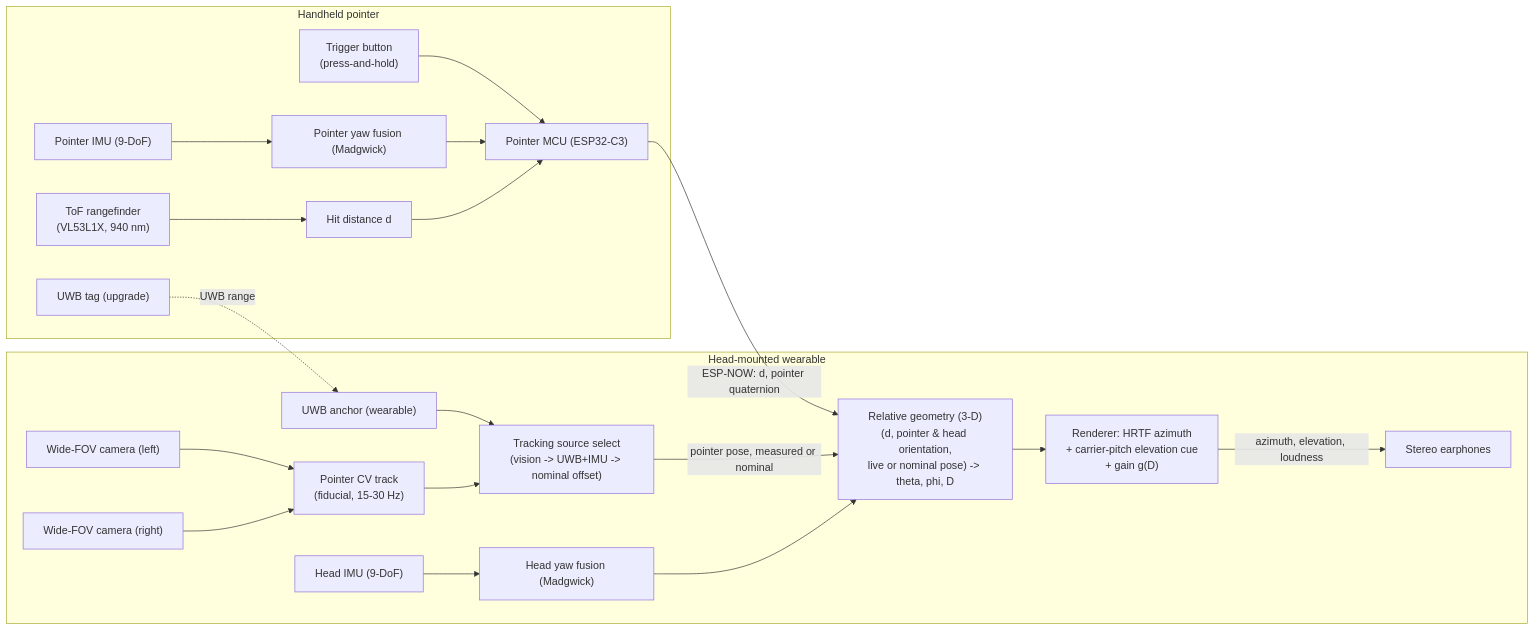
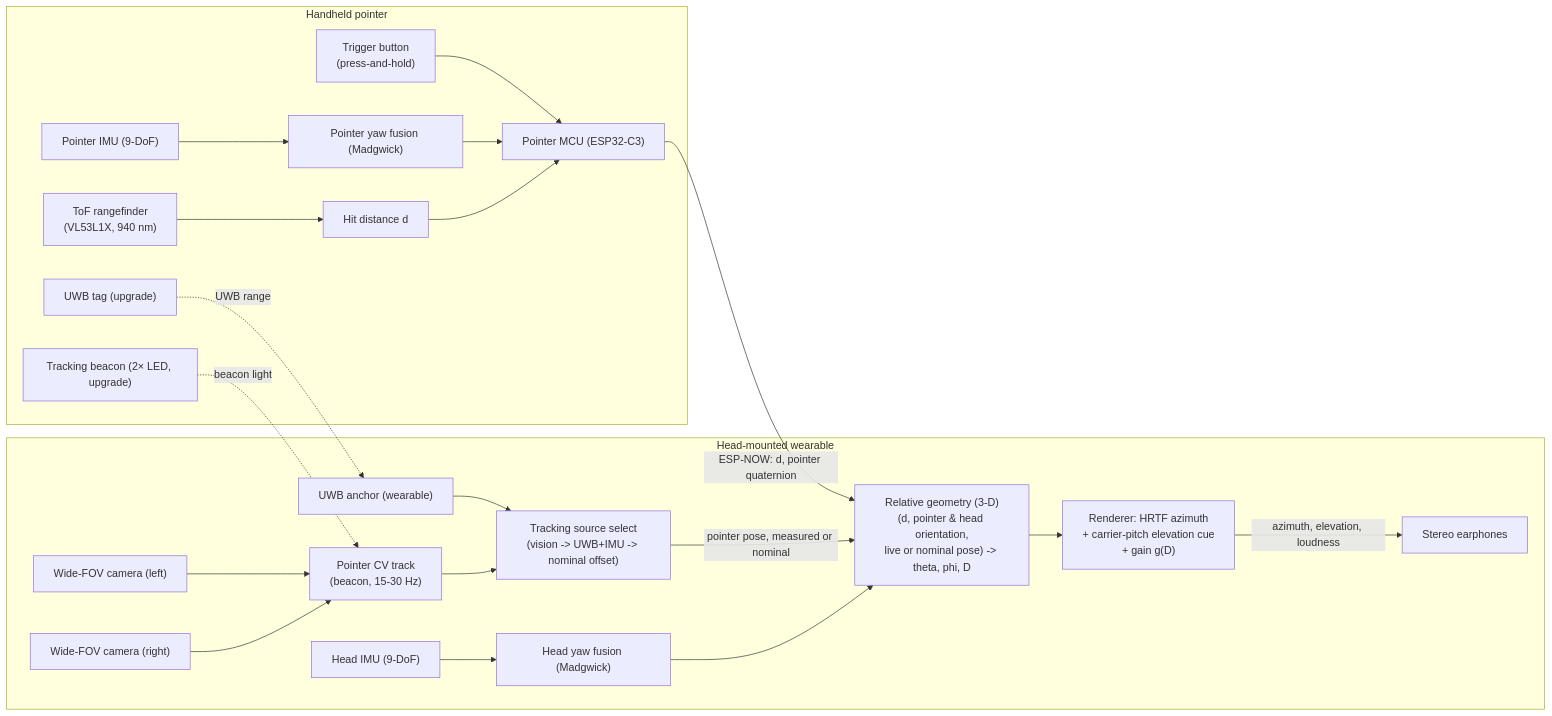
The diagram in README.md (pewpil/auris), drawn with Mermaid before and after one commit. The commit also changed other lines of this file and 2 other files, not shown here.

Commit message:
pointer-tracking tiers: beacon marker, P2/T7-T8 gates, ledger C11, UWB+VLP literature

````diff
--- a/README.md
+++ b/README.md
@@ -57,24 +57,26 @@
 ```mermaid
 flowchart LR
     subgraph pointer["Handheld pointer"]
         pimu["Pointer IMU (9-DoF)"] --> pfus["Pointer yaw fusion (Madgwick)"]
         tof["ToF rangefinder<br/>(VL53L1X, 940 nm)"] --> dist["Hit distance d"]
         btn["Trigger button<br/>(press-and-hold)"] --> mcu1["Pointer MCU (ESP32-C3)"]
         uwbt["UWB tag (upgrade)"]
+        beacon["Tracking beacon (2× LED, upgrade)"]
         pfus --> mcu1
         dist --> mcu1
     end
     subgraph wearable["Head-mounted wearable"]
         himu["Head IMU (9-DoF)"] --> hfus["Head yaw fusion (Madgwick)"]
-        camL["Wide-FOV camera (left)"] --> cv["Pointer CV track<br/>(fiducial, 15-30 Hz)"]
+        camL["Wide-FOV camera (left)"] -->         cv["Pointer CV track<br/>(beacon, 15-30 Hz)"]
         camR["Wide-FOV camera (right)"] --> cv
         uwbw["UWB anchor (wearable)"] --> src["Tracking source select<br/>(vision -> UWB+IMU -> nominal offset)"]
         cv --> src
         mcu1 -- "ESP-NOW: d, pointer quaternion" --> geo["Relative geometry (3-D)<br/>(d, pointer & head orientation,<br/>live or nominal pose) -> theta, phi, D"]
         src -- "pointer pose, measured or nominal" --> geo
         hfus --> geo
         geo --> ren["Renderer: HRTF azimuth<br/>+ carrier-pitch elevation cue<br/>+ gain g(D)"]
         ren -- "azimuth, elevation, loudness" --> spk["Stereo earphones"]
         uwbt -. "UWB range" .-> uwbw
+        beacon -. "beacon light" .-> cv
     end
 ```
````
